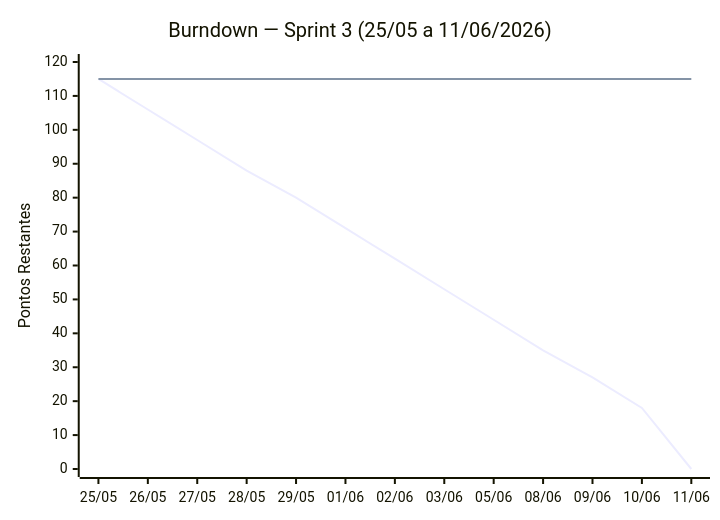
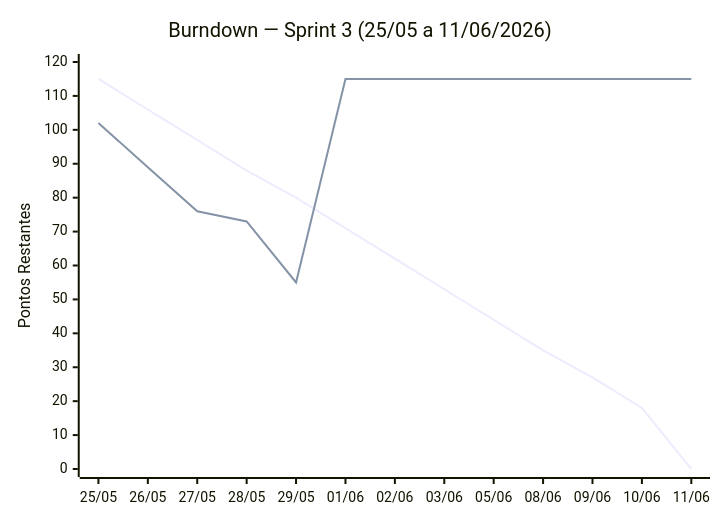
One commit to DEVassos/scrum-flow-abp changed the diagram in docs/scrum/sprint-3/sprint-3.md. Above: the diagram before and after it, drawn with Mermaid. The commit also changed other lines of this file and 1 other file, not shown here.

````diff
--- a/docs/scrum/sprint-3/sprint-3.md
+++ b/docs/scrum/sprint-3/sprint-3.md
@@ -98,8 +98,8 @@
 ```mermaid
 xychart-beta
     title "Burndown — Sprint 3 (25/05 a 11/06/2026)"
     x-axis ["25/05", "26/05", "27/05", "28/05", "29/05", "01/06", "02/06", "03/06", "05/06", "08/06", "09/06", "10/06", "11/06"]
     y-axis "Pontos Restantes" 0 --> 120
     line [115, 106, 97, 88, 80, 71, 62, 53, 44, 35, 27, 18, 0]
-    line [115, 115, 115, 115, 115, 115, 115, 115, 115, 115, 115, 115, 115]
+    line [102, 89, 76, 73, 55, 115, 115, 115, 115, 115, 115, 115, 115]
 ```
````
